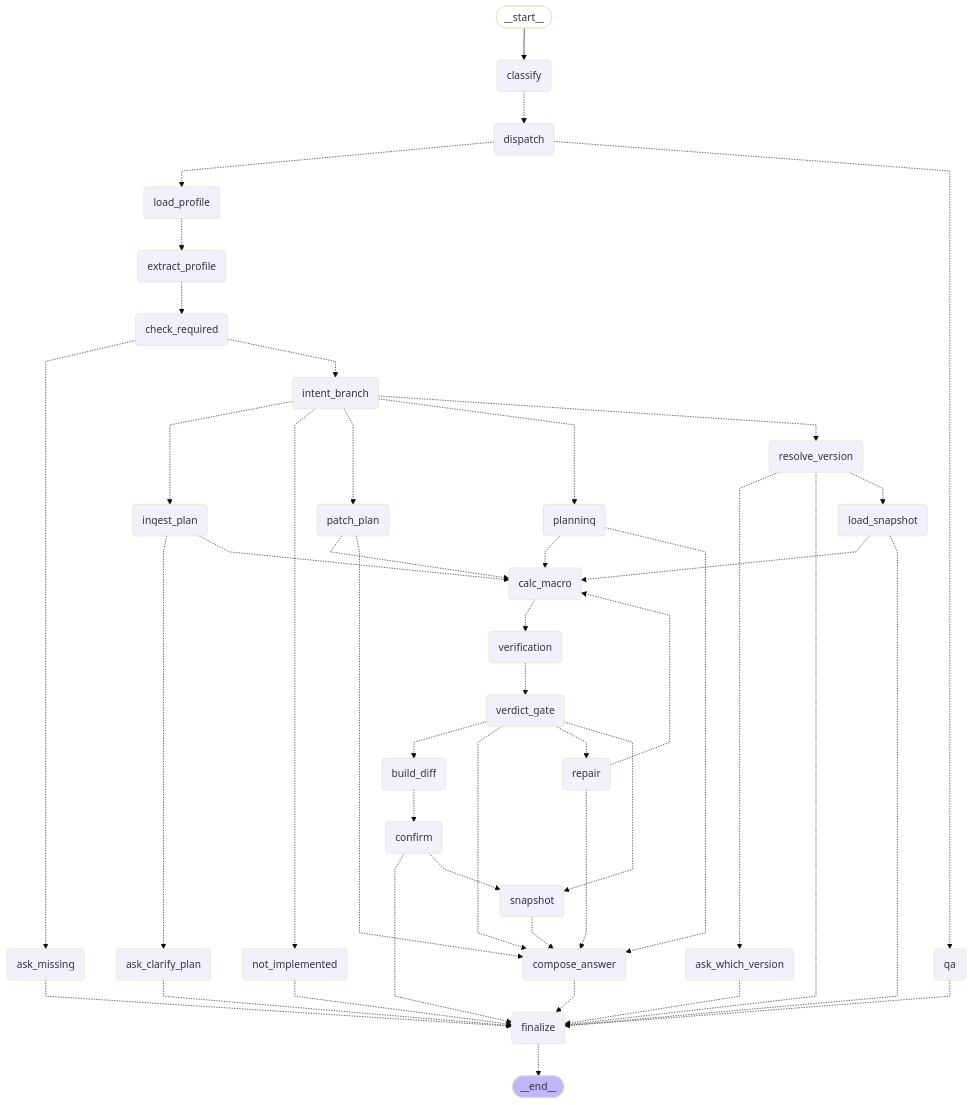
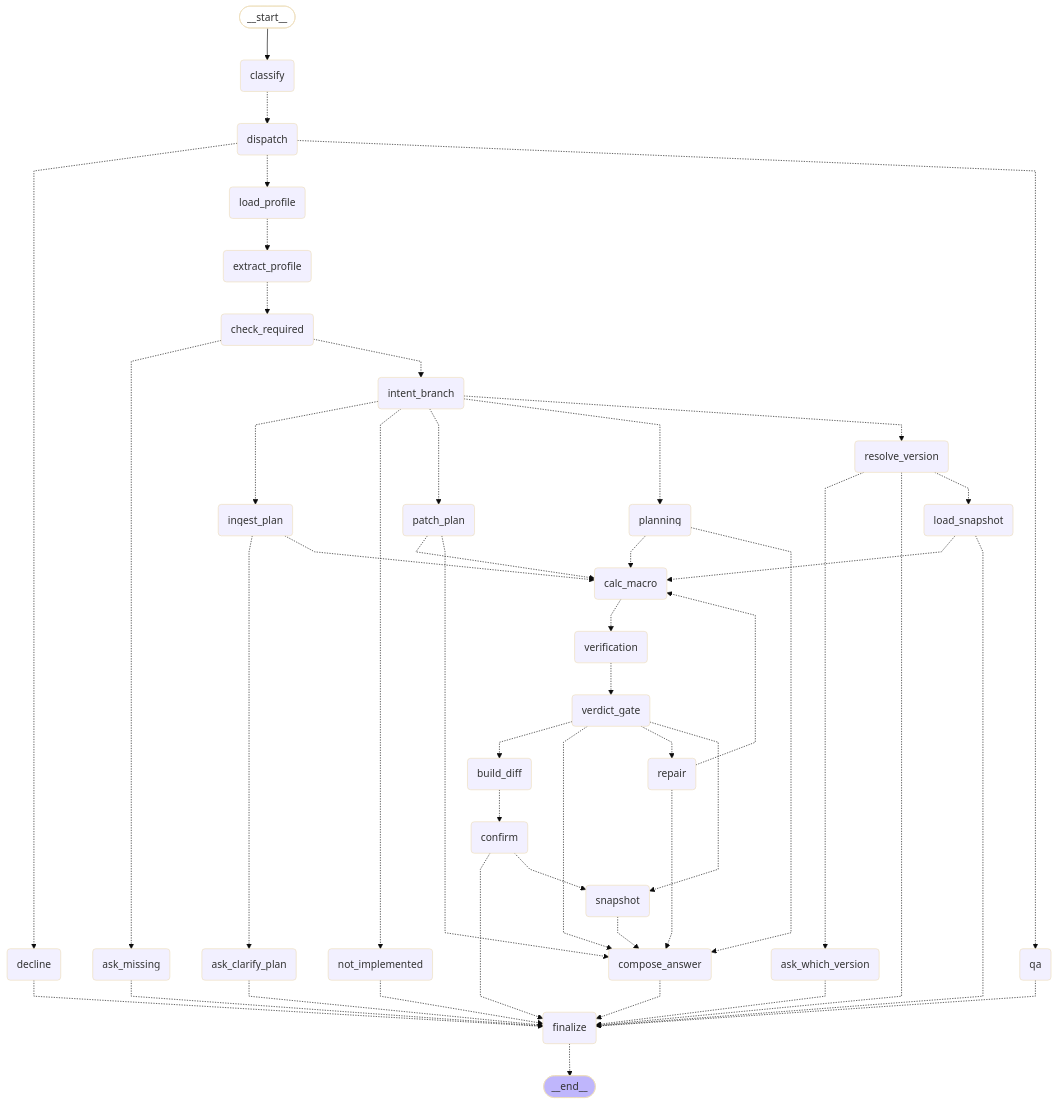
One commit to hoanhoang-agilityio/Assistant-Learning changed the diagram in docs/diagrams/root.mmd. Above: the diagram before and after it, drawn with Mermaid (base theme). The commit also changed 1 other file, not shown here.

Commit message:
docs: document the off-topic topic gate on the root graph

```diff
--- a/docs/diagrams/root.mmd
+++ b/docs/diagrams/root.mmd
@@ -1,79 +1,82 @@
 ---
 config:
   flowchart:
     curve: linear
 ---
 graph TD;
 	__start__([<p>__start__</p>]):::first
 	classify(classify)
 	dispatch(dispatch)
 	qa(qa)
+	decline(decline)
 	load_profile(load_profile)
 	extract_profile(extract_profile)
 	check_required(check_required)
 	ask_missing(ask_missing)
 	intent_branch(intent_branch)
 	ingest_plan(ingest_plan)
 	ask_clarify_plan(ask_clarify_plan)
 	resolve_version(resolve_version)
 	ask_which_version(ask_which_version)
 	load_snapshot(load_snapshot)
 	not_implemented(not_implemented)
 	planning(planning)
 	patch_plan(patch_plan)
 	calc_macro(calc_macro)
 	verification(verification)
 	verdict_gate(verdict_gate)
 	repair(repair)
 	build_diff(build_diff)
 	confirm(confirm)
 	snapshot(snapshot)
 	compose_answer(compose_answer)
 	finalize(finalize)
 	__end__([<p>__end__</p>]):::last
 	__start__ --> classify;
 	ask_clarify_plan -.-> finalize;
 	ask_missing -.-> finalize;
 	ask_which_version -.-> finalize;
 	build_diff -.-> confirm;
 	calc_macro -.-> verification;
 	check_required -.-> ask_missing;
 	check_required -.-> intent_branch;
 	classify -.-> dispatch;
 	compose_answer -.-> finalize;
 	confirm -.-> finalize;
 	confirm -.-> snapshot;
+	decline -.-> finalize;
+	dispatch -.-> decline;
 	dispatch -.-> load_profile;
 	dispatch -.-> qa;
 	extract_profile -.-> check_required;
 	finalize -.-> __end__;
 	ingest_plan -.-> ask_clarify_plan;
 	ingest_plan -.-> calc_macro;
 	intent_branch -.-> ingest_plan;
 	intent_branch -.-> not_implemented;
 	intent_branch -.-> patch_plan;
 	intent_branch -.-> planning;
 	intent_branch -.-> resolve_version;
 	load_profile -.-> extract_profile;
 	load_snapshot -.-> calc_macro;
 	load_snapshot -.-> finalize;
 	not_implemented -.-> finalize;
 	patch_plan -.-> calc_macro;
 	patch_plan -.-> compose_answer;
 	planning -.-> calc_macro;
 	planning -.-> compose_answer;
 	qa -.-> finalize;
 	repair -.-> calc_macro;
 	repair -.-> compose_answer;
 	resolve_version -.-> ask_which_version;
 	resolve_version -.-> finalize;
 	resolve_version -.-> load_snapshot;
 	snapshot -.-> compose_answer;
 	verdict_gate -.-> build_diff;
 	verdict_gate -.-> compose_answer;
 	verdict_gate -.-> repair;
 	verdict_gate -.-> snapshot;
 	verification -.-> verdict_gate;
 	classDef default fill:#f2f0ff,line-height:1.2
 	classDef first fill-opacity:0
 	classDef last fill:#bfb6fc
```
